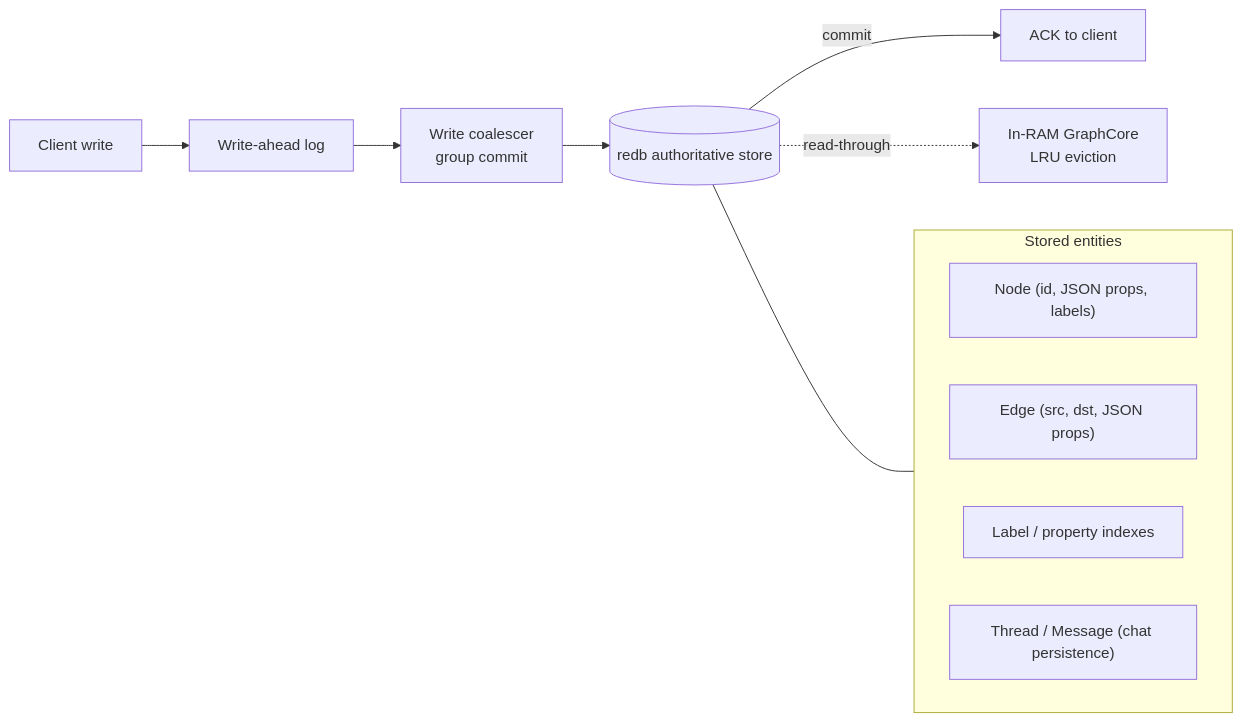
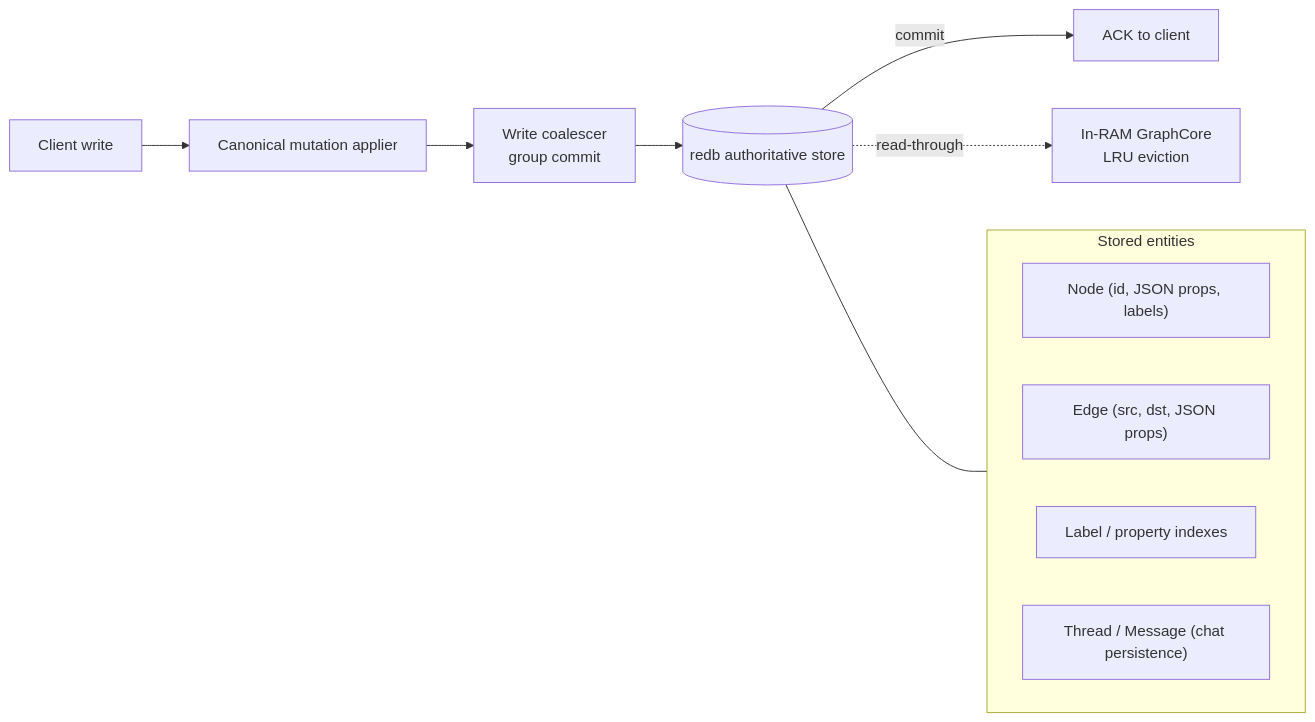
Before and after one commit to Knuckles-Team/epistemic-graph: the third of 3 diagrams in docs/deployment.md, drawn with Mermaid. The commit also changed other lines of this file and 857 other files, not shown here.

First line of the commit message:
feat(eg): assimilate advanced epistemic-graph 2.23.1

````diff
--- a/docs/deployment.md
+++ b/docs/deployment.md
@@ -244,17 +338,17 @@
 ```mermaid
 flowchart LR
-    W[Client write] --> WAL[Write-ahead log]
-    WAL --> WC["Write coalescer<br/>group commit"]
+    W[Client write] --> APPLY[Canonical mutation applier]
+    APPLY --> WC["Write coalescer<br/>group commit"]
     WC --> REDB[(redb authoritative store)]
     REDB -->|commit| ACK[ACK to client]
     REDB -.read-through.-> CACHE["In-RAM GraphCore<br/>LRU eviction"]
 
     subgraph Model["Stored entities"]
         direction LR
         N["Node (id, JSON props, labels)"]
         E["Edge (src, dst, JSON props)"]
         IDX[Label / property indexes]
         TH["Thread / Message (chat persistence)"]
     end
     REDB --- Model
 ```
````
